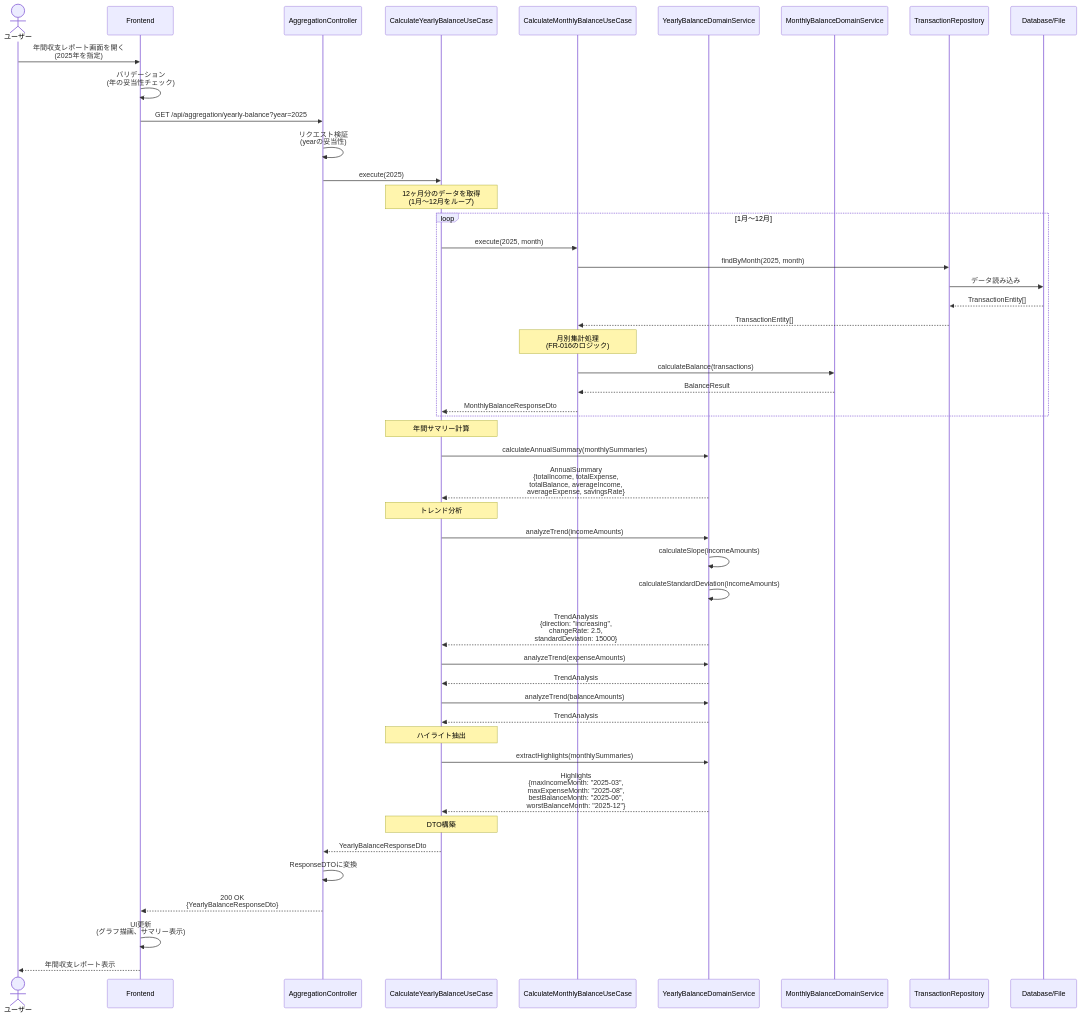
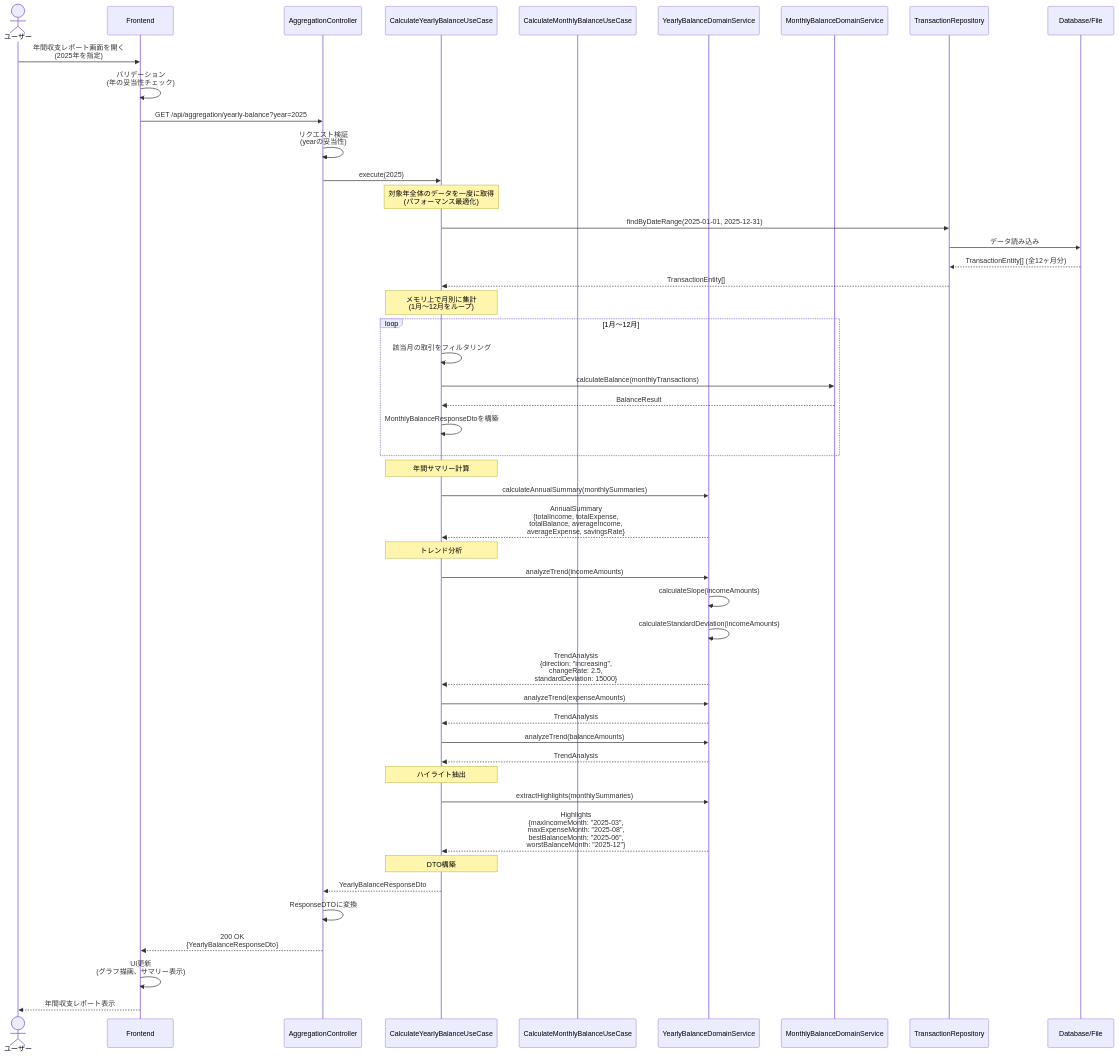
The first of 5 diagrams in docs/detailed-design/FR-020_yearly-balance-aggregation/sequence-diagrams.md (kencom2400/account-book), drawn with Mermaid before and after one commit. The commit also changed other lines of this file and 3 other files, not shown here.

````diff
--- a/docs/detailed-design/FR-020_yearly-balance-aggregation/sequence-diagrams.md
+++ b/docs/detailed-design/FR-020_yearly-balance-aggregation/sequence-diagrams.md
@@ -34,61 +34,61 @@
 ```mermaid
 sequenceDiagram
     actor User as ユーザー
     participant FE as Frontend
     participant API as AggregationController
     participant UC as CalculateYearlyBalanceUseCase
     participant MonthlyUC as CalculateMonthlyBalanceUseCase
     participant YDS as YearlyBalanceDomainService
     participant MDS as MonthlyBalanceDomainService
     participant Repo as TransactionRepository
     participant DB as Database/File
 
     User->>FE: 年間収支レポート画面を開く<br/>(2025年を指定)
     FE->>FE: バリデーション<br/>(年の妥当性チェック)
     FE->>API: GET /api/aggregation/yearly-balance?year=2025
 
     API->>API: リクエスト検証<br/>(yearの妥当性)
     API->>UC: execute(2025)
 
-    Note over UC: 12ヶ月分のデータを取得<br/>(1月〜12月をループ)
+    Note over UC: 対象年全体のデータを一度に取得<br/>(パフォーマンス最適化)
+    UC->>Repo: findByDateRange(2025-01-01, 2025-12-31)
+    Repo->>DB: データ読み込み
+    DB-->>Repo: TransactionEntity[] (全12ヶ月分)
+    Repo-->>UC: TransactionEntity[]
+
+    Note over UC: メモリ上で月別に集計<br/>(1月〜12月をループ)
     loop 1月〜12月
-        UC->>MonthlyUC: execute(2025, month)
-        MonthlyUC->>Repo: findByMonth(2025, month)
-        Repo->>DB: データ読み込み
-        DB-->>Repo: TransactionEntity[]
-        Repo-->>MonthlyUC: TransactionEntity[]
-
-        Note over MonthlyUC: 月別集計処理<br/>(FR-016のロジック)
-        MonthlyUC->>MDS: calculateBalance(transactions)
-        MDS-->>MonthlyUC: BalanceResult
-        MonthlyUC-->>UC: MonthlyBalanceResponseDto
+        UC->>UC: 該当月の取引をフィルタリング
+        UC->>MDS: calculateBalance(monthlyTransactions)
+        MDS-->>UC: BalanceResult
+        UC->>UC: MonthlyBalanceResponseDtoを構築
     end
 
     Note over UC: 年間サマリー計算
     UC->>YDS: calculateAnnualSummary(monthlySummaries)
     YDS-->>UC: AnnualSummary<br/>{totalIncome, totalExpense,<br/>totalBalance, averageIncome,<br/>averageExpense, savingsRate}
 
     Note over UC: トレンド分析
     UC->>YDS: analyzeTrend(incomeAmounts)
     YDS->>YDS: calculateSlope(incomeAmounts)
     YDS->>YDS: calculateStandardDeviation(incomeAmounts)
     YDS-->>UC: TrendAnalysis<br/>{direction: "increasing",<br/>changeRate: 2.5,<br/>standardDeviation: 15000}
 
     UC->>YDS: analyzeTrend(expenseAmounts)
     YDS-->>UC: TrendAnalysis
 
     UC->>YDS: analyzeTrend(balanceAmounts)
     YDS-->>UC: TrendAnalysis
 
     Note over UC: ハイライト抽出
     UC->>YDS: extractHighlights(monthlySummaries)
     YDS-->>UC: Highlights<br/>{maxIncomeMonth: "2025-03",<br/>maxExpenseMonth: "2025-08",<br/>bestBalanceMonth: "2025-06",<br/>worstBalanceMonth: "2025-12"}
 
     Note over UC: DTO構築
     UC-->>API: YearlyBalanceResponseDto
 
     API->>API: ResponseDTOに変換
     API-->>FE: 200 OK<br/>{YearlyBalanceResponseDto}
     FE->>FE: UI更新<br/>(グラフ描画、サマリー表示)
     FE-->>User: 年間収支レポート表示
 ```
````
